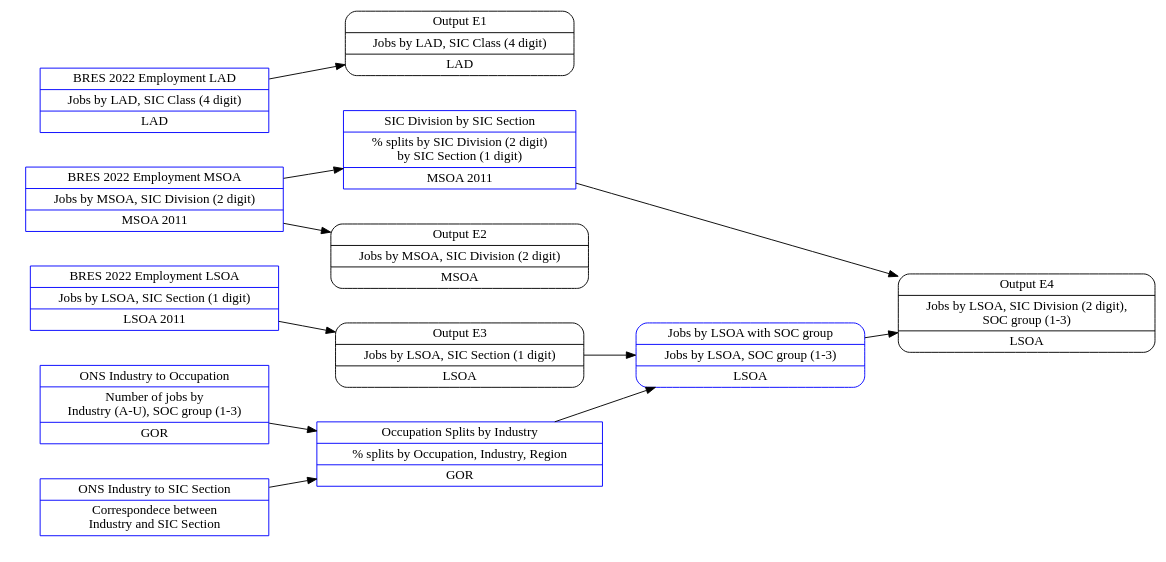
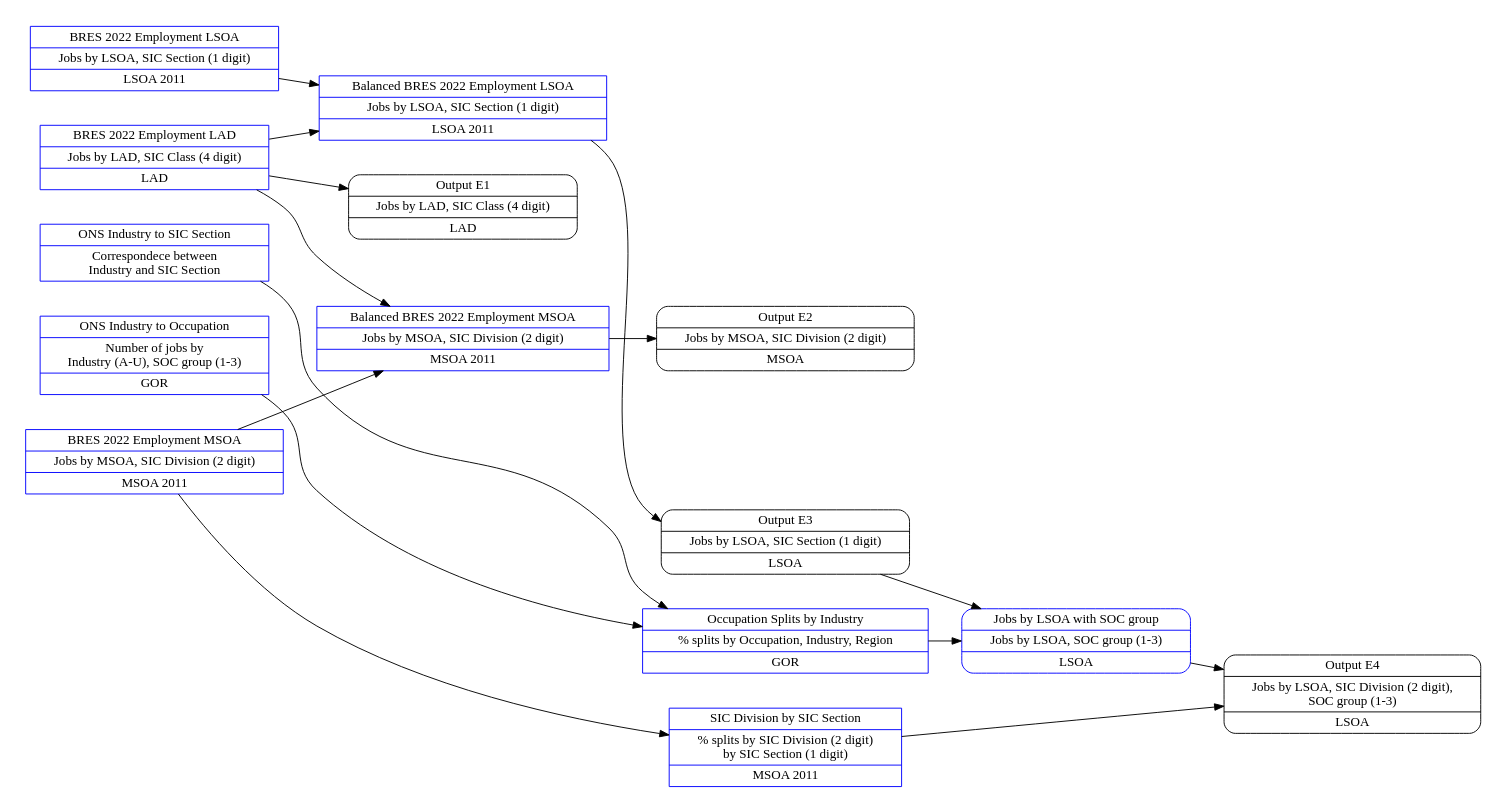
One commit to asongtoruin/Land-Use changed the second of 2 diagrams in docs/base_model_structure.rst. Above: the diagram before and after it, drawn with Graphviz. The commit also changed other lines of this file and 1 other file, not shown here.

Commit message:
Balance Outputs E2, E3, and E4 to Output E1 totals

```diff
--- a/docs/base_model_structure.rst
+++ b/docs/base_model_structure.rst
@@ -90,52 +90,68 @@
 .. graphviz::
 
     digraph G {
         rankdir="LR"
         nodesep=0.5
         node [shape=record, color=blue width=3.4]
             subgraph cluster_inputs{
                 peripheries=0
                 rank="same"
 
                 table_1 [label="BRES 2022 Employment LAD|Jobs by LAD, SIC Class (4 digit)|LAD"];
                 table_2 [label="BRES 2022 Employment MSOA|Jobs by MSOA, SIC Division (2 digit)|MSOA 2011"];
                 table_3 [label="BRES 2022 Employment LSOA|Jobs by LSOA, SIC Section (1 digit)|LSOA 2011"];
+                table_5 [label="ONS Industry to SIC Section|Correspondece between\nIndustry and SIC Section"];
                 table_4 [label="ONS Industry to Occupation|Number of jobs by\nIndustry (A-U), SOC group (1-3)|GOR"];
-                table_5 [label="ONS Industry to SIC Section|Correspondece between\nIndustry and SIC Section"];
+            }
+            
+        node [shape=record, color=blue width=3.4]
+            subgraph cluster_inputs{
+                peripheries=0
+                rank="same"
+                table_2a [label="Balanced BRES 2022 Employment MSOA|Jobs by MSOA, SIC Division (2 digit)|MSOA 2011"];
+                table_3a [label="Balanced BRES 2022 Employment LSOA|Jobs by LSOA, SIC Section (1 digit)|LSOA 2011"];
             }
             
         node [shape=record, color=blue width=3.4]
             subgraph cluster_inputs{
                 peripheries=0
                 rank="same"
 
                 table_6 [label="Occupation Splits by Industry|% splits by Occupation, Industry, Region|GOR"];
                 table_8 [label="SIC Division by SIC Section|% splits by SIC Division (2 digit)\nby SIC Section (1 digit)|MSOA 2011"];
             
             }
         
         node [style=rounded, color=black]
-            output_e1 [label="Output E1|Jobs by LAD, SIC Class (4 digit)|LAD"];
-            output_e2 [label="Output E2|Jobs by MSOA, SIC Division (2 digit)|MSOA"];
-            output_e3 [label="Output E3|Jobs by LSOA, SIC Section (1 digit)|LSOA"];
-        
+                subgraph cluster_inputs{
+                peripheries=0
+                rank="same"
+                output_e1 [label="Output E1|Jobs by LAD, SIC Class (4 digit)|LAD"];
+                output_e2 [label="Output E2|Jobs by MSOA, SIC Division (2 digit)|MSOA"];
+                output_e3 [label="Output E3|Jobs by LSOA, SIC Section (1 digit)|LSOA"];
+            }
+                
         node [shape=record, color=blue width=3.4]
             table_7 [label="Jobs by LSOA with SOC group|Jobs by LSOA, SOC group (1-3)|LSOA"];
             
         node [style=rounded, color=black]
             output_e4 [label="Output E4|Jobs by LSOA, SIC Division (2 digit),\nSOC group (1-3)|LSOA"];
         
         {rank="same" output_e3 table_6 table_8}    
 
         table_1 -> output_e1;
-        table_2 -> output_e2;
-        table_3 -> output_e3;
+        table_1 -> table_2a;
+        table_1 -> table_3a;
+        table_2 -> table_2a;
+        table_2a -> output_e2;
+        table_3 -> table_3a;
+        table_3a -> output_e3;
         table_4 -> table_6;
         table_5 -> table_6;
         output_e3 -> table_7;
         table_6 -> table_7;
         table_8 -> output_e4
         table_7 -> output_e4
         table_2 -> table_8
 
     }
```
